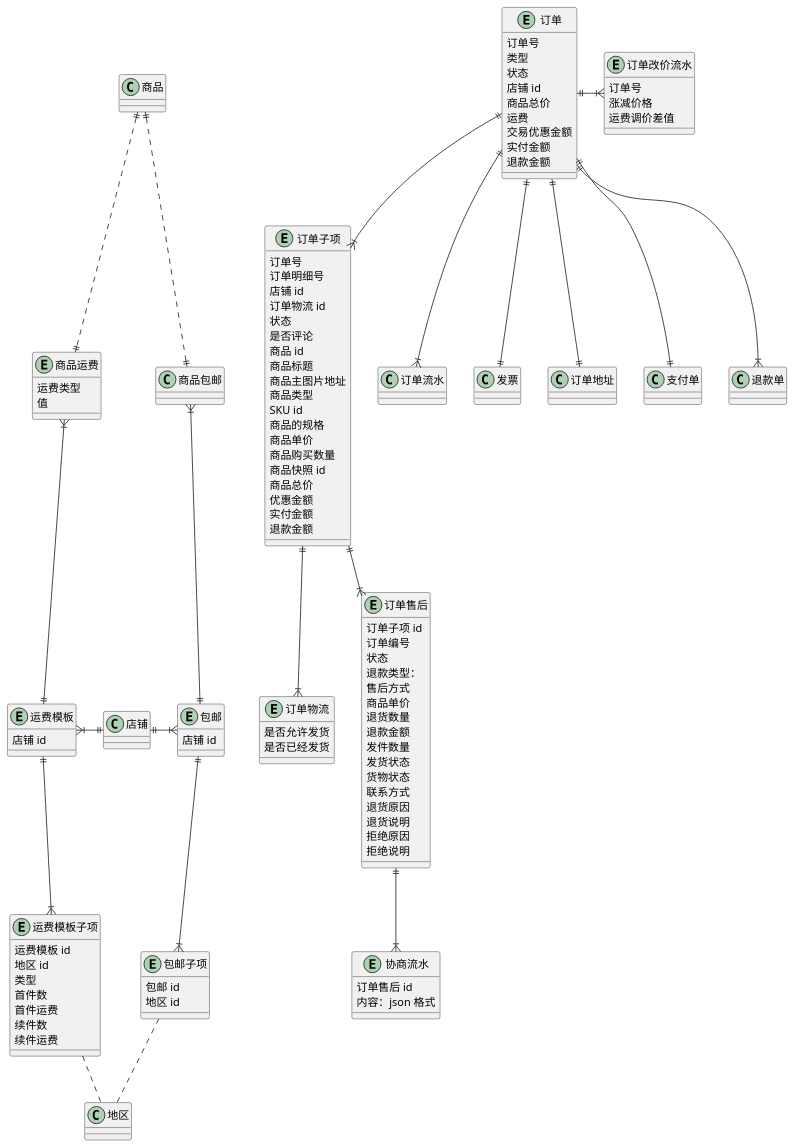
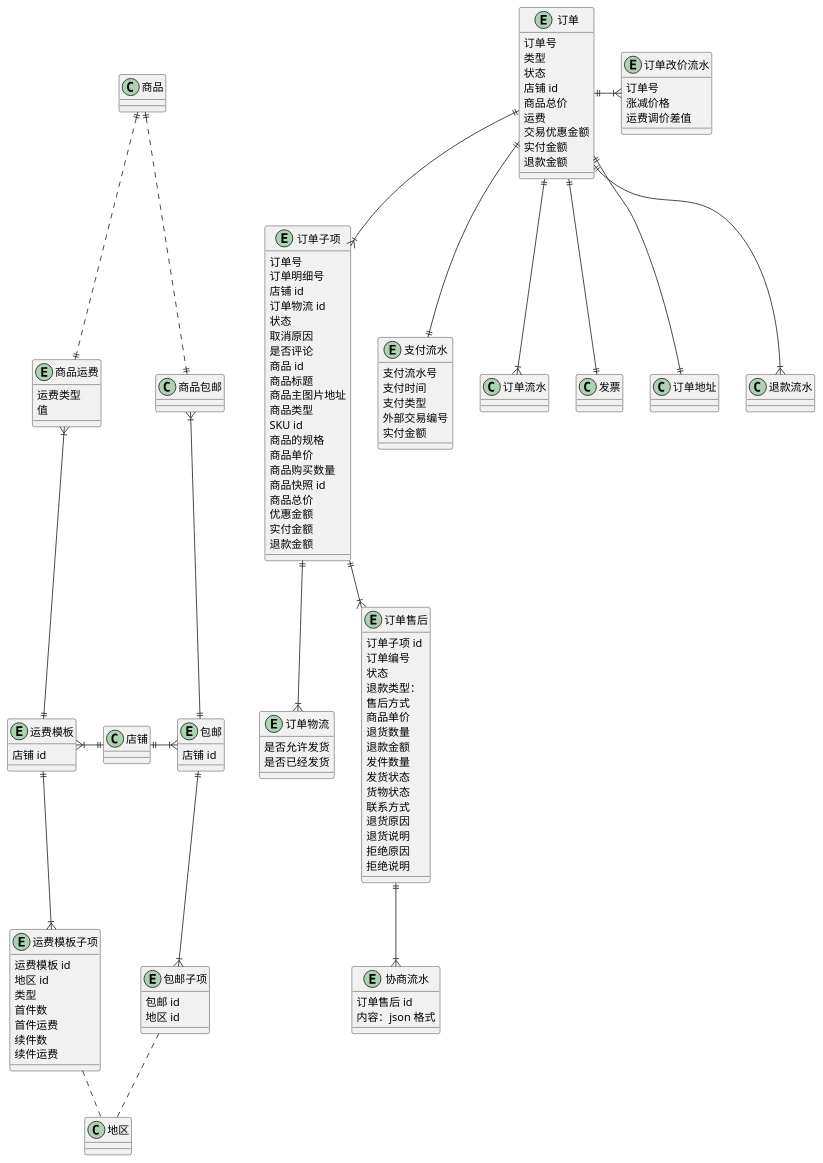
The diagram in 订单.wsd (awesomecat2020/mock-mall), drawn with PlantUML before and after one commit. The commit also changed 2 other files, not shown here.

```diff
--- a/订单.wsd
+++ b/订单.wsd
@@ -1,144 +1,168 @@
 @startuml 订单UML
 
 ' ==================== 订单 ====================
 entity 订单 {
     订单号
     ' 普通/拼团/代付/送礼/社区团购/海淘/秒杀
     类型
     ' 待付款/待发货/待收货/已完成/已关闭
     状态
     店铺 id
     商品总价
     运费
     交易优惠金额
     ' totalFee + postFee - discountFee
     实付金额
     退款金额
 }
 entity 订单子项 {
     订单号
     订单明细号
     店铺 id
     订单物流 id
     ' 待付款/待发货/待收货/已完成/已关闭
     状态
+    取消原因
     是否评论
     商品 id
     商品标题
     商品主图片地址
     商品类型
     SKU id
     商品的规格
     商品单价
     商品购买数量
     商品快照 id
     商品总价
     优惠金额
     实付金额
     退款金额
 }
 entity 订单物流 {
     是否允许发货
     是否已经发货
 }
 entity 订单改价流水 {
     订单号
     涨减价格
     运费调价差值
 }
+entity 支付流水 {
+    支付流水号
+    支付时间
+    '   1-WEIXIN (微信自有支付)
+    '   2-WEIXIN_DAIXIAO (微信代销支付)
+    '   3-ALIPAY (支付宝支付)
+    '   4-BANKCARDPAY (银行卡支付)
+    '   5-PEERPAY (代付)
+    '   6-CODPAY (货到付款)
+    '   7-BAIDUPAY (百度钱包支付)
+    '   8-PRESENTTAKE (直接领取赠品)
+    '   9-COUPONPAY（优惠券/码全额抵扣)
+    '   10-BULKPURCHASE（来自分销商的采购)
+    '   11-MERGEDPAY (合并付货款)
+    '   12-ECARD（有赞E卡支付)
+    '   13-PREPAIDCARD (储值卡支付)
+    '   14-MARKPAY （标记支付）
+    '   15-OFCASH (现金支付)
+    支付类型
+    ' 如果支付方式是微信支付，就是财付通的交易单号
+    外部交易编号
+    实付金额
+}
 
 订单 ||--|{ 订单子项
 订单 ||--|{ 订单流水
 订单 ||--|| 发票
 订单 ||--|| 订单地址
 订单子项 ||--|{ 订单物流
-订单 ||--|| 支付单
-订单 ||--|{ 退款单
 订单 ||-|{ 订单改价流水
+订单 ||--|| 支付流水
+订单 ||--|{ 退款流水
 
 
 ' ==================== 订单售后 ====================
 entity 订单售后 {
     订单子项 id
     订单编号
     ' 待卖家审核
     ' 待买家发货
     ' 待卖家收货
     ' 待买家收货
     ' 售后成功
     ' 卖家拒绝售后
     ' 卖家拒绝收货
     ' 售后关闭
     状态
     ' 售中退款/售后退款
     退款类型：
     ' 未介入/介入中/介入结束
     ' 客服介入状态
     ' 仅退款/退货退款/换货
     售后方式
     商品单价
     退货数量
     退款金额
     发件数量
     ' 未发货/已发货
     发货状态
     ' /已收到货
     货物状态
     联系方式
     退货原因
     退货说明
     拒绝原因
     拒绝说明
 }
 entity 协商流水 {
     订单售后 id
     内容：json 格式
 }
 
 订单子项 ||--|{ 订单售后
 订单售后 ||--|{ 协商流水
 
 
 ' ==================== 运费模版 ====================
 entity 运费模板 {
     店铺 id
 }
 entity 运费模板子项 {
     运费模板 id
     地区 id
     ' 按件/按重量
     类型
     首件数
     首件运费
     续件数
     续件运费
 }
 entity 商品运费 {
     运费类型
     ' 运费/运费模版id
     值
 }
 
 运费模板 ||-u-|{ 商品运费
 商品运费 ||.u.|| 商品
 运费模板 }|-r-|| 店铺
 运费模板 ||--|{ 运费模板子项
 运费模板子项 .. 地区
 
 
 ' ==================== 包邮模板 ====================
 entity 包邮 {
     店铺 id
 }
 entity 包邮子项 {
     包邮 id
     地区 id
 }
 
 包邮 ||-u-|{ 商品包邮
 商品包邮 ||.u.|| 商品
 包邮 }|-l-|| 店铺
 包邮 ||--|{ 包邮子项
 包邮子项 .. 地区
 
 @enduml
```
